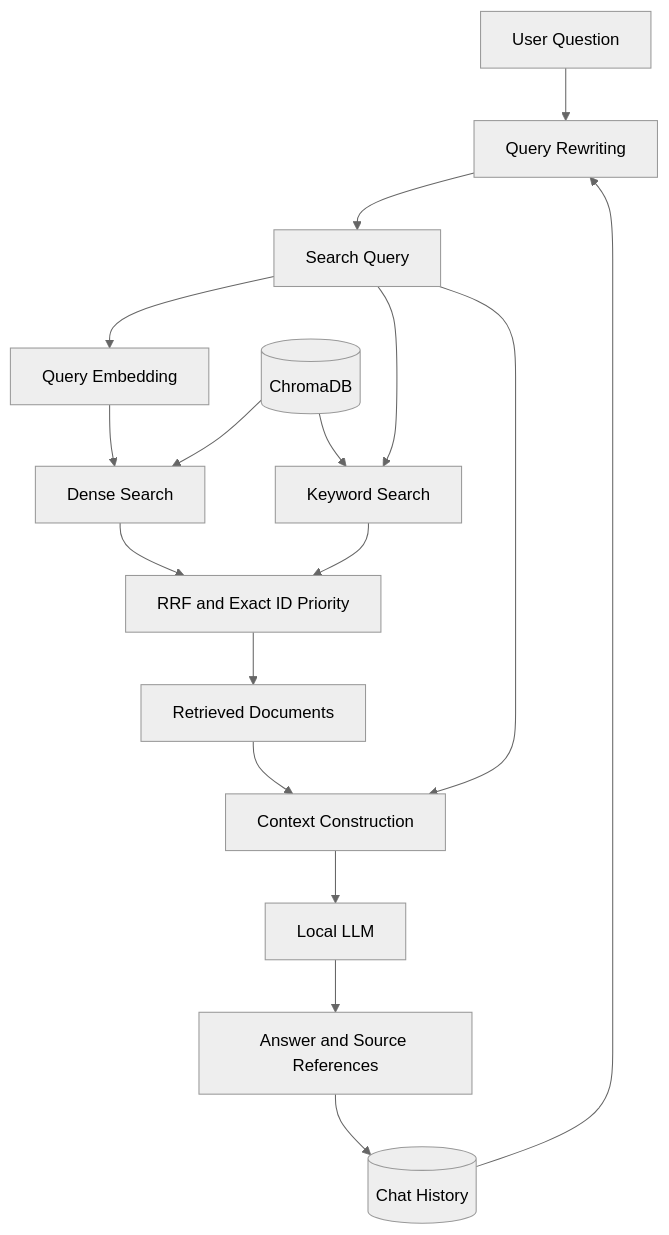
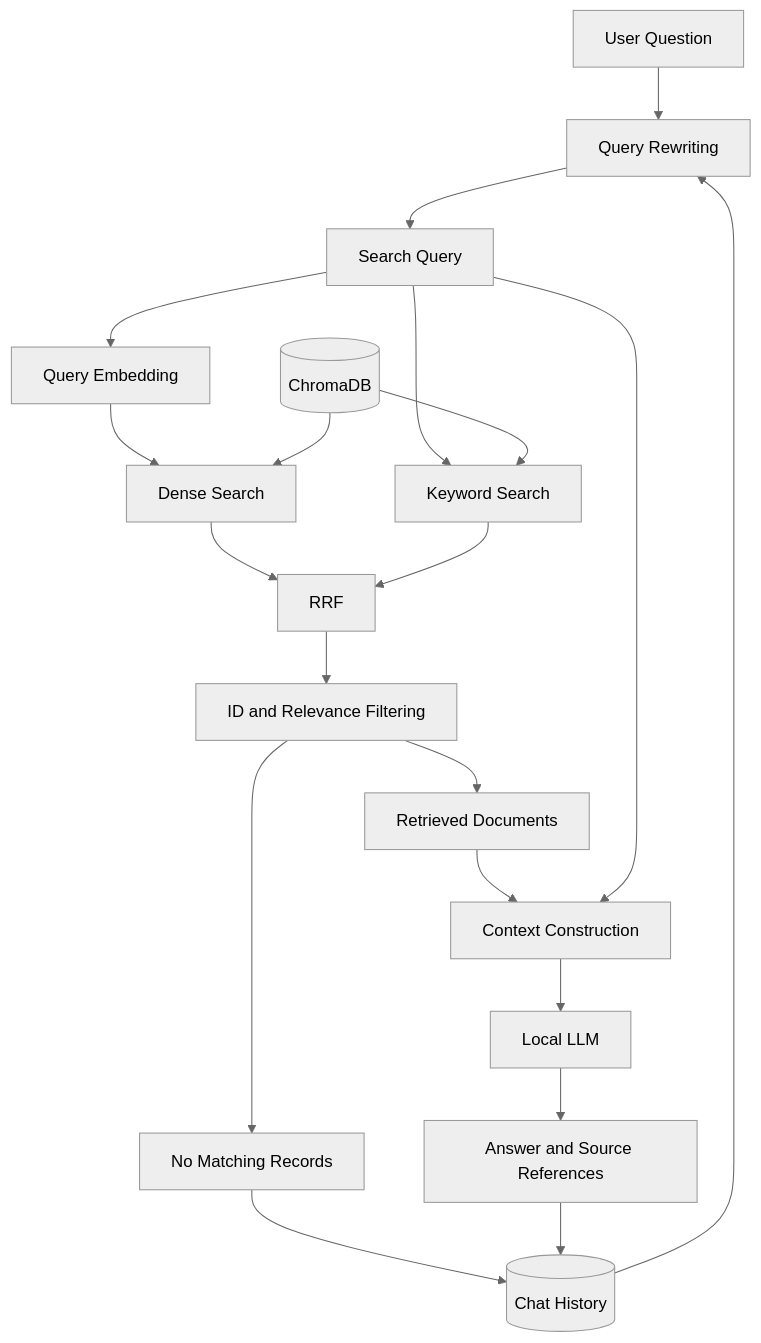
One commit to JongminChoi98/local-document-intelligence changed the second of 3 diagrams in docs/developer-overview.md. Above: the diagram before and after it, drawn with Mermaid (neutral theme). The commit also changed other lines of this file and 4 other files, not shown here.

````diff
--- a/docs/developer-overview.md
+++ b/docs/developer-overview.md
@@ -144,19 +167,22 @@
 ```mermaid
 flowchart TD
     A[User Question] --> C[Query Rewriting]
     B[(Chat History)] --> C
     C --> D[Search Query]
     D --> E[Query Embedding]
     D --> G[Keyword Search]
     E --> F[Dense Search]
     DB[(ChromaDB)] --> F
     DB --> G
-    F --> H[RRF and Exact ID Priority]
+    F --> H[RRF]
     G --> H
-    H --> I[Retrieved Documents]
+    H --> P[ID and Relevance Filtering]
+    P --> I[Retrieved Documents]
+    P --> N[No Matching Records]
+    N --> B
     I --> J[Context Construction]
     D --> J
     J --> K[Local LLM]
     K --> L[Answer and Source References]
     L --> B
 ```
````
